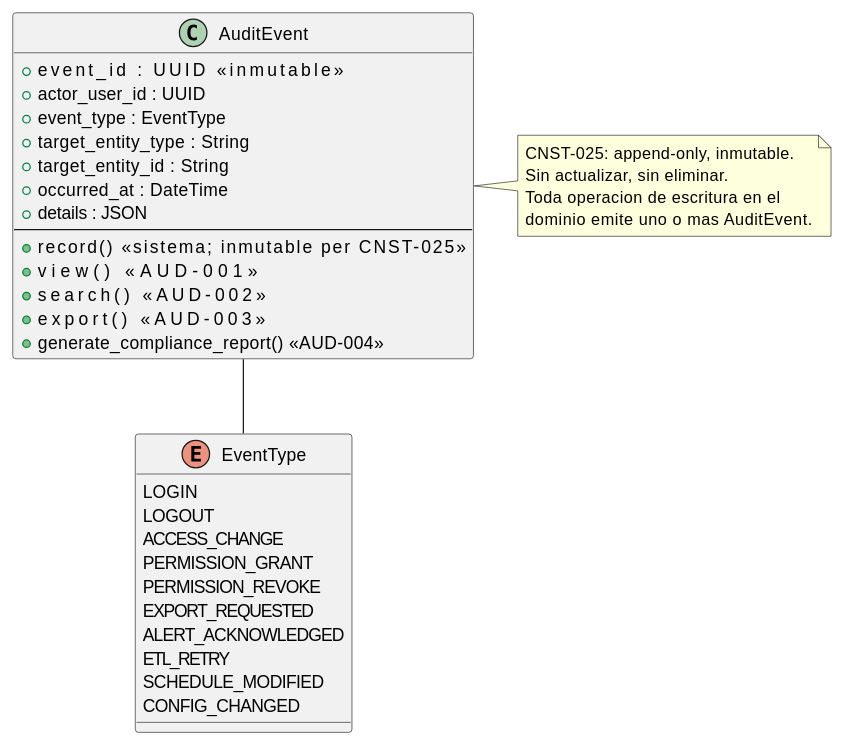
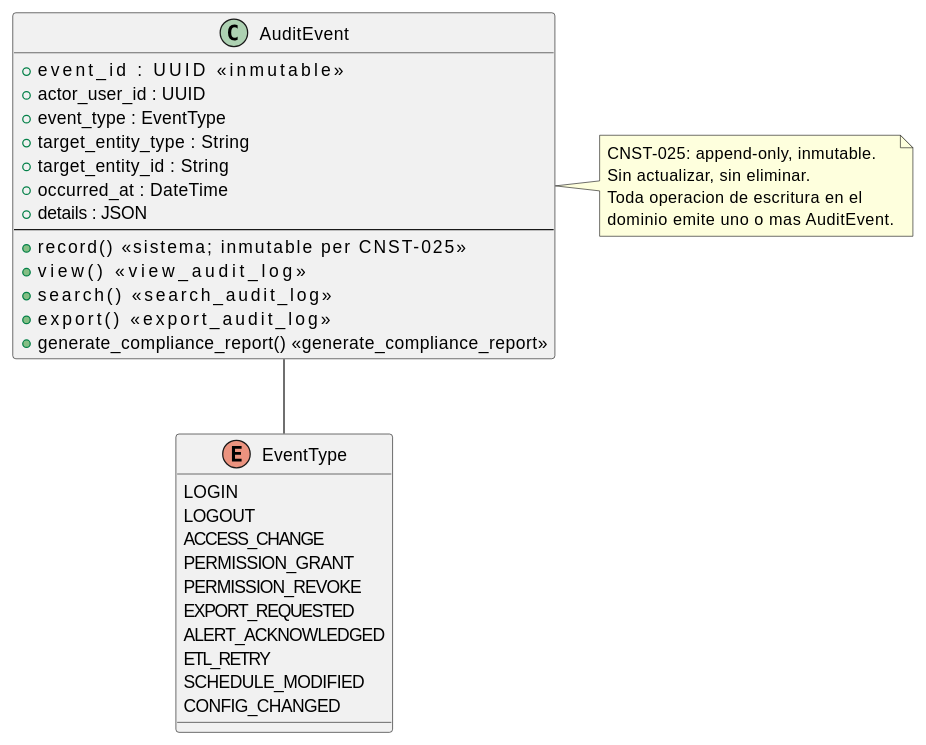
Before and after one commit to jcg-admin/IACT-docs: the diagram in source/arquitectura-tecnica/bounded-contexts/bounded-context-audit.rst, drawn with PlantUML. The commit also changed 12 other files, not shown here.

```diff
--- a/source/arquitectura-tecnica/bounded-contexts/bounded-context-audit.rst
+++ b/source/arquitectura-tecnica/bounded-contexts/bounded-context-audit.rst
@@ -26,44 +26,44 @@
 .. uml::
  :caption: Bounded context Audit — registro inmutable de eventos.
 
  @startuml
 
  class AuditEvent {
    + event_id : UUID                 <<inmutable>>
    + actor_user_id : UUID
    + event_type : EventType
    + target_entity_type : String
    + target_entity_id : String
    + occurred_at : DateTime
    + details : JSON
    --
    + record()                <<sistema; inmutable per CNST-025>>
-   + view()                  <<AUD-001>>
-   + search()                <<AUD-002>>
-   + export()                <<AUD-003>>
-   + generate_compliance_report()  <<AUD-004>>
+   + view()                  <<view_audit_log>>
+   + search()                <<search_audit_log>>
+   + export()                <<export_audit_log>>
+   + generate_compliance_report()  <<generate_compliance_report>>
  }
 
  enum EventType {
    LOGIN
    LOGOUT
    ACCESS_CHANGE
    PERMISSION_GRANT
    PERMISSION_REVOKE
    EXPORT_REQUESTED
    ALERT_ACKNOWLEDGED
    ETL_RETRY
    SCHEDULE_MODIFIED
    CONFIG_CHANGED
  }
 
  AuditEvent -- EventType
 
  note right of AuditEvent
    CNST-025: append-only, inmutable.
    Sin actualizar, sin eliminar.
    Toda operacion de escritura en el
    dominio emite uno o mas AuditEvent.
  end note
 
  @enduml
```
